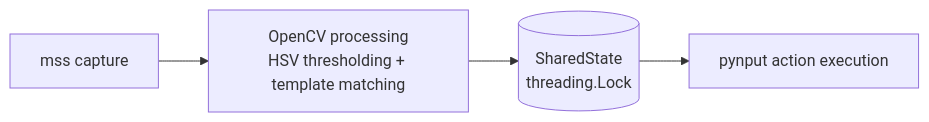
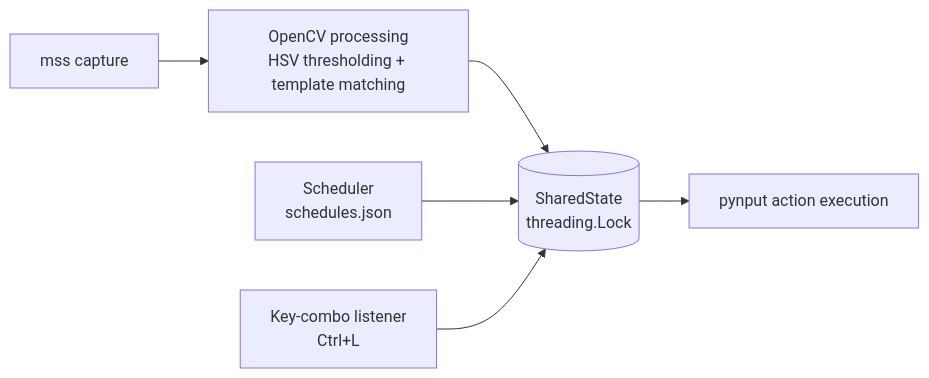
One commit to pengkenlim/MushroomGameHelper changed the second of 2 diagrams in README.md. Above: the diagram before and after it, drawn with Mermaid. The commit also changed other lines of this file, not shown here.

````diff
--- a/README.md
+++ b/README.md
@@ -221,6 +516,8 @@
 ```mermaid
 flowchart LR
     A[mss capture] --> B[OpenCV processing<br/>HSV thresholding + template matching]
     B --> C[(SharedState<br/>threading.Lock)]
+    S[Scheduler<br/>schedules.json] --> C
     C --> D[pynput action execution]
+    K[Key-combo listener<br/>Ctrl+L] --> C
 ```
````
